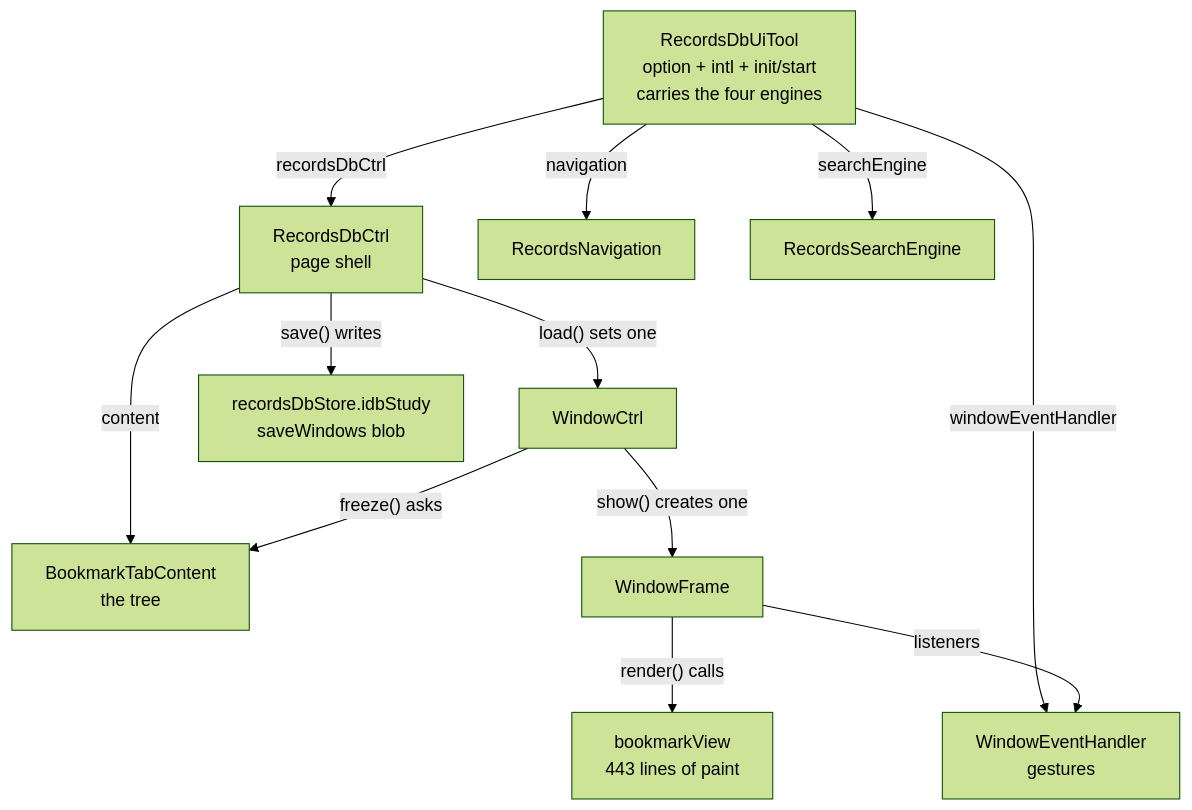
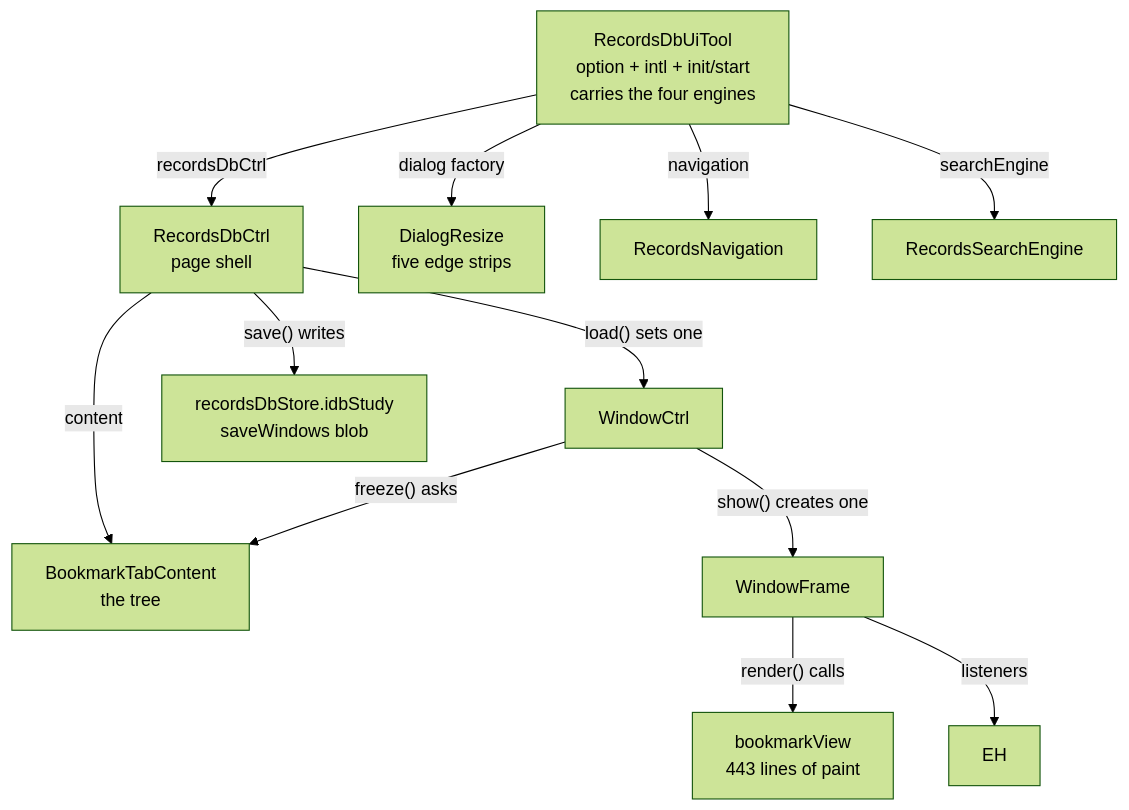
One commit to Siderite/lichessTools changed the first of 5 diagrams in tools/recordsDbUi/structure.md. Above: the diagram before and after it, drawn with Mermaid (forest theme). The commit also changed other lines of this file and 10 other files, not shown here.

````diff
--- a/tools/recordsDbUi/structure.md
+++ b/tools/recordsDbUi/structure.md
@@ -37,14 +37,14 @@
 ```mermaid
 graph TD
   Tool["RecordsDbUiTool<br/>option + intl + init/start<br/>carries the four engines"] -->|"recordsDbCtrl"| DB["RecordsDbCtrl<br/>page shell"]
-  Tool -->|"windowEventHandler"| EH["WindowEventHandler<br/>gestures"]
+  Tool -->|"dialog factory"| DR["DialogResize<br/>five edge strips"]
   Tool -->|"navigation"| Nav["RecordsNavigation"]
   Tool -->|"searchEngine"| Engine["RecordsSearchEngine"]
   DB -->|"content"| Content["BookmarkTabContent<br/>the tree"]
   DB -->|"load() sets one"| WC["WindowCtrl"]
   WC -->|"show() creates one"| WF["WindowFrame"]
   WF -->|"render() calls"| Paint["bookmarkView<br/>443 lines of paint"]
   WF -->|"listeners"| EH
   WC -->|"freeze() asks"| Content
   DB -->|"save() writes"| Store["recordsDbStore.idbStudy<br/>saveWindows blob"]
 ```
````
